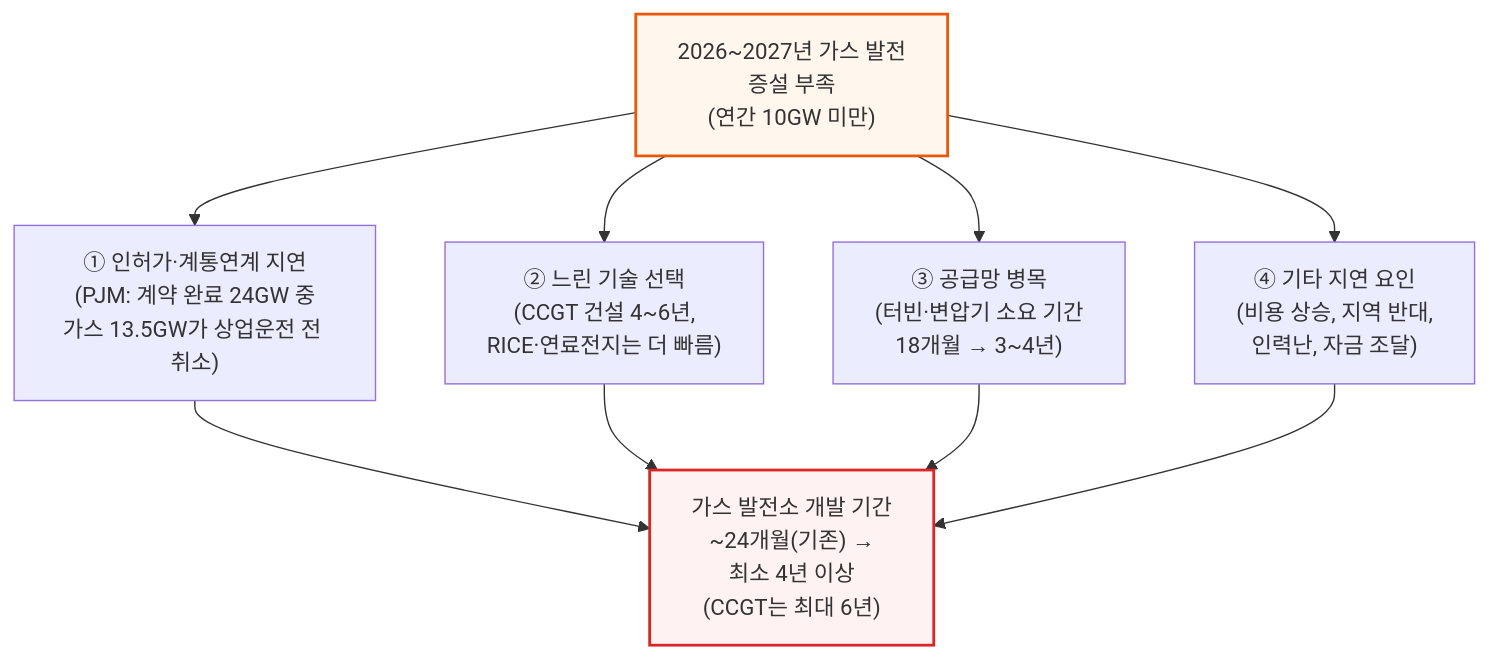
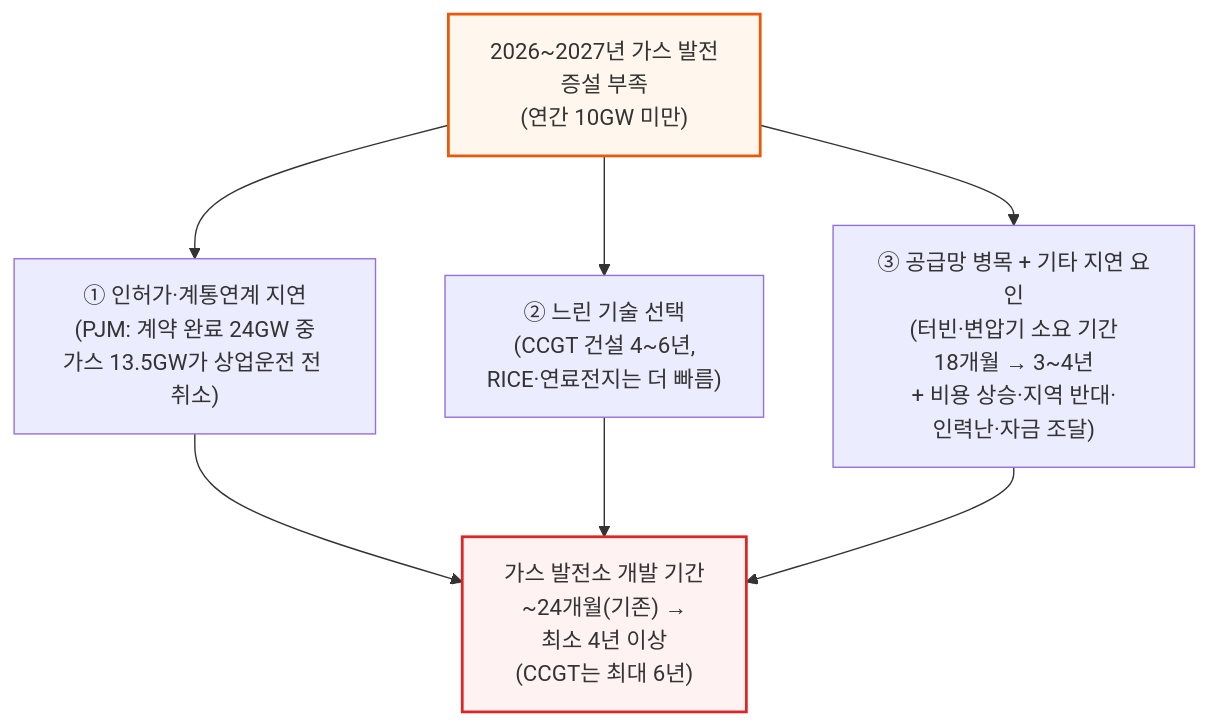
Before and after one commit to yohan4477/semi-report: the fourth of 20 diagrams in 원본 해석/[260626] 미국 전력망 제약 - 2028년까지 40GW+ 자가발전 데이터센터로 가는 길.md, drawn with Mermaid. The commit also changed 2 other files, not shown here.

Commit message:
Fix diagram width violations (v14.0) in Part1/doc1/doc3
Part1: Tier1-4 classification converted to sequential chain;
Campus/Building/Hall/Pod diagram split into two + pods merged into
one node. Doc1: training-vs-inference, fast-movers, country-comparison,
and PVOUT-ranking diagrams restructured to stay within 3-child width.
Doc3: gas-delay diagram's 4th cause folded into the 3rd node.

One violation (doc3 'Landscape' node) still pending -- committing now
per time constraint, will finish next.

````diff
--- a/원본 해석/[260626] 미국 전력망 제약 - 2028년까지 40GW+ 자가발전 데이터센터로 가는 길.md
+++ b/원본 해석/[260626] 미국 전력망 제약 - 2028년까지 40GW+ 자가발전 데이터센터로 가는 길.md
@@ -142,15 +142,13 @@
 ```mermaid
 flowchart TD
     Root["2026~2027년 가스 발전<br/>증설 부족<br/>(연간 10GW 미만)"] --> C1["① 인허가·계통연계 지연<br/>(PJM: 계약 완료 24GW 중<br/>가스 13.5GW가 상업운전 전 취소)"]
     Root --> C2["② 느린 기술 선택<br/>(CCGT 건설 4~6년,<br/>RICE·연료전지는 더 빠름)"]
-    Root --> C3["③ 공급망 병목<br/>(터빈·변압기 소요 기간<br/>18개월 → 3~4년)"]
-    Root --> C4["④ 기타 지연 요인<br/>(비용 상승, 지역 반대,<br/>인력난, 자금 조달)"]
+    Root --> C3["③ 공급망 병목 + 기타 지연 요인<br/>(터빈·변압기 소요 기간<br/>18개월 → 3~4년<br/>+ 비용 상승·지역 반대·<br/>인력난·자금 조달)"]
 
     C1 --> Result["가스 발전소 개발 기간<br/>~24개월(기존) →<br/>최소 4년 이상<br/>(CCGT는 최대 6년)"]
     C2 --> Result
     C3 --> Result
-    C4 --> Result
 
     style Root fill:#fff7ed,stroke:#ea580c,stroke-width:2px
     style Result fill:#fef2f2,stroke:#dc2626,stroke-width:2px
 ```
````
